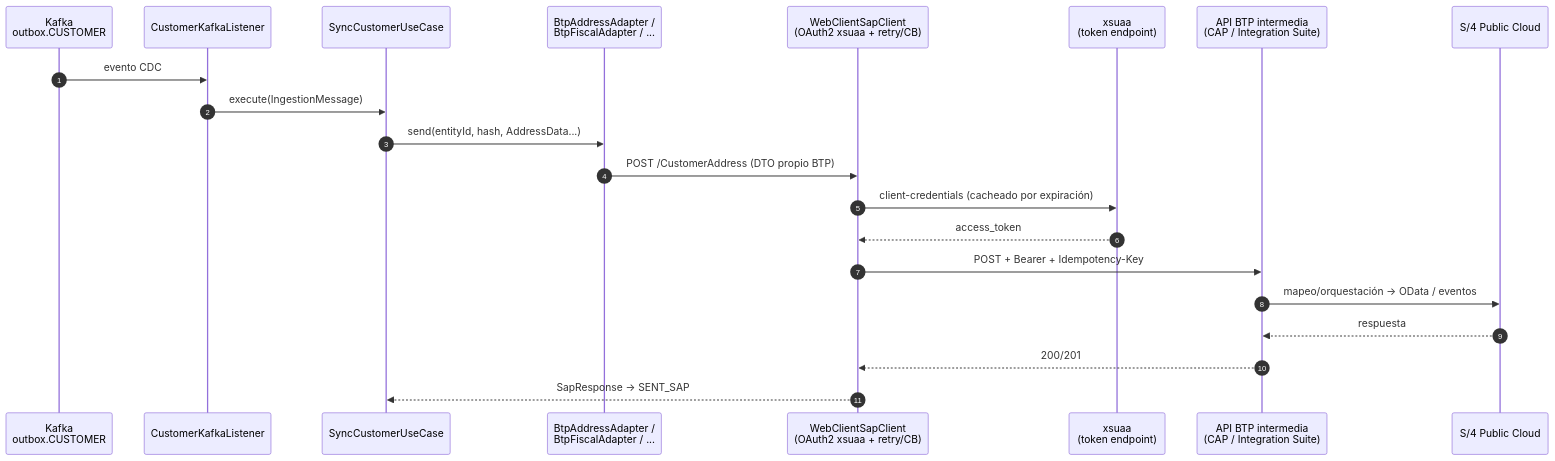
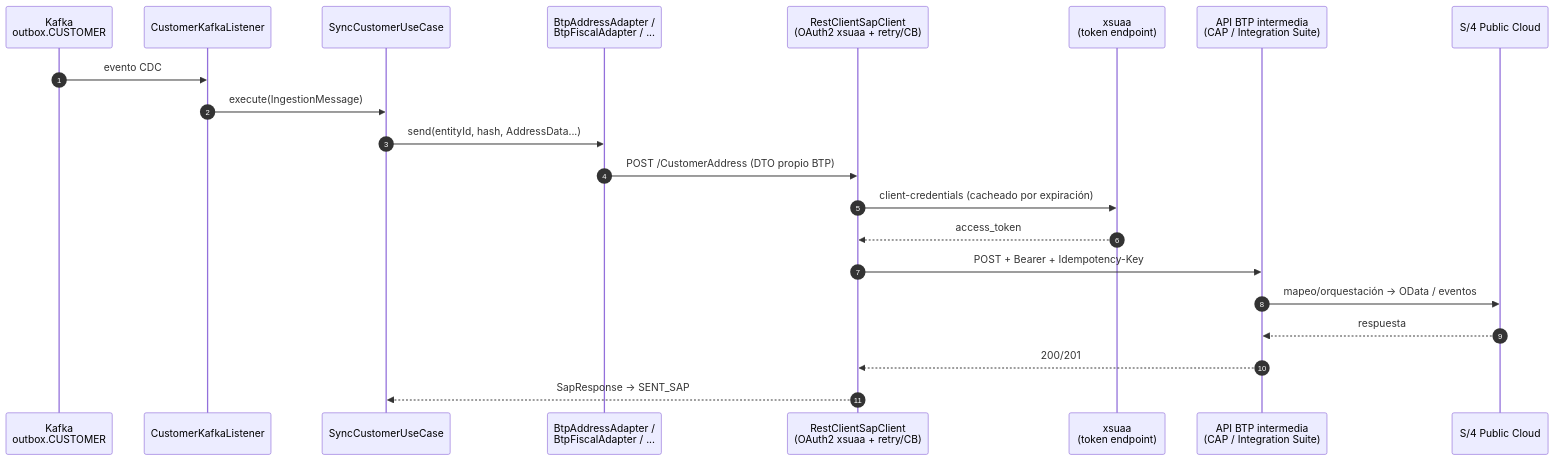
One commit to xurxovega/poc-sap-integration-java changed the second of 5 diagrams in docs/architecture/INTEGRATION-PATTERNS.md. Above: the diagram before and after it, drawn with Mermaid. The commit also changed other lines of this file and 35 other files, not shown here.

First line of the commit message:
Fase 3.1 de la auditoria: transporte SAP sobre RestClient (ADR-0001) y CSRF con la auth del destino

````diff
--- a/docs/architecture/INTEGRATION-PATTERNS.md
+++ b/docs/architecture/INTEGRATION-PATTERNS.md
@@ -76,24 +76,24 @@
 ```mermaid
 sequenceDiagram
     autonumber
     participant K as Kafka<br/>outbox.CUSTOMER
     participant L as CustomerKafkaListener
     participant UC as SyncCustomerUseCase
     participant AD as BtpAddressAdapter /<br/>BtpFiscalAdapter / ...
-    participant CL as WebClientSapClient<br/>(OAuth2 xsuaa + retry/CB)
+    participant CL as RestClientSapClient<br/>(OAuth2 xsuaa + retry/CB)
     participant XS as xsuaa<br/>(token endpoint)
     participant BTP as API BTP intermedia<br/>(CAP / Integration Suite)
     participant S4 as S/4 Public Cloud
 
     K->>L: evento CDC
     L->>UC: execute(IngestionMessage)
     UC->>AD: send(entityId, hash, AddressData...)
     AD->>CL: POST /CustomerAddress (DTO propio BTP)
     CL->>XS: client-credentials (cacheado por expiración)
     XS-->>CL: access_token
     CL->>BTP: POST + Bearer + Idempotency-Key
     BTP->>S4: mapeo/orquestación → OData / eventos
     S4-->>BTP: respuesta
     BTP-->>CL: 200/201
     CL-->>UC: SapResponse → SENT_SAP
 ```
````
